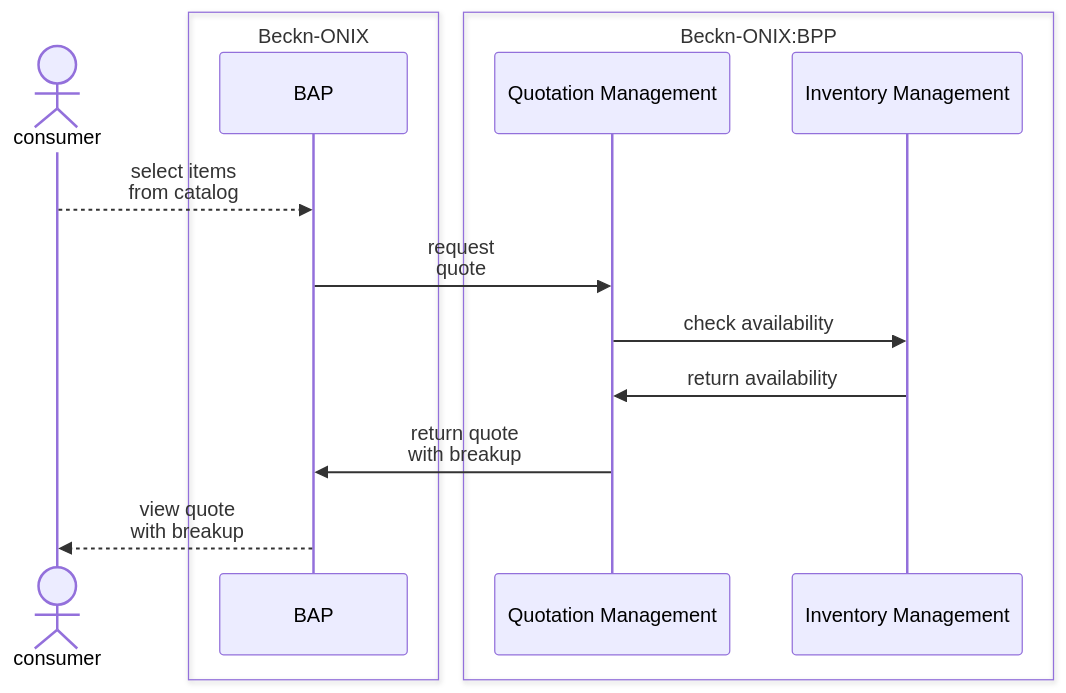
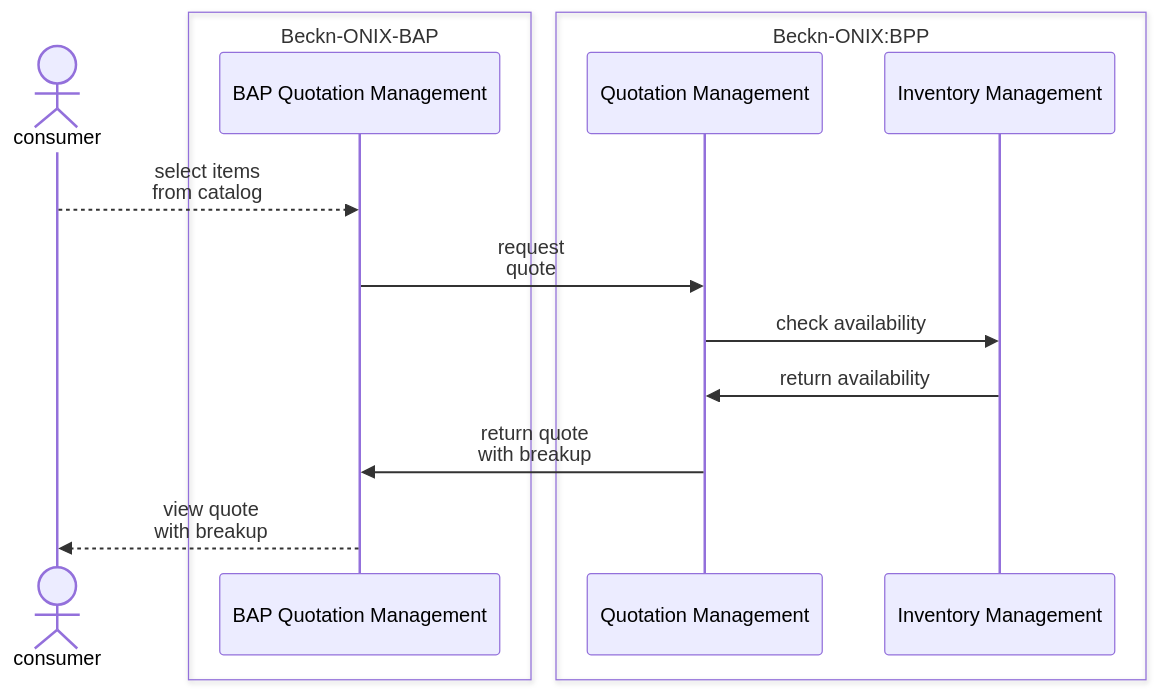
The fourth of 17 diagrams in README.md (rajaneeshk90/gitbook-exp), drawn with Mermaid before and after one commit. The commit also changed other lines of this file, not shown here.

````diff
--- a/README.md
+++ b/README.md
@@ -126,17 +113,17 @@
 ```mermaid
 sequenceDiagram
     Actor consumer
-    box Beckn-ONIX
-    participant BAP
+    box Beckn-ONIX-BAP
+    participant BAP Quotation Management
     end
     box Beckn-ONIX:BPP
     participant Quotation Management
     participant Inventory Management
     end
-    consumer-->>BAP: select items <br/> from catalog
-    BAP->>Quotation Management:request <br/> quote
+    consumer-->>BAP Quotation Management: select items <br/> from catalog
+    BAP Quotation Management->>Quotation Management:request <br/> quote
     Quotation Management->>Inventory Management: check availability
     Inventory Management->>Quotation Management: return availability
-    Quotation Management->>BAP:return quote <br/> with breakup
-    BAP-->>consumer: view quote <br/> with breakup
+    Quotation Management->>BAP Quotation Management:return quote <br/> with breakup
+    BAP Quotation Management-->>consumer: view quote <br/> with breakup
 ```
````
